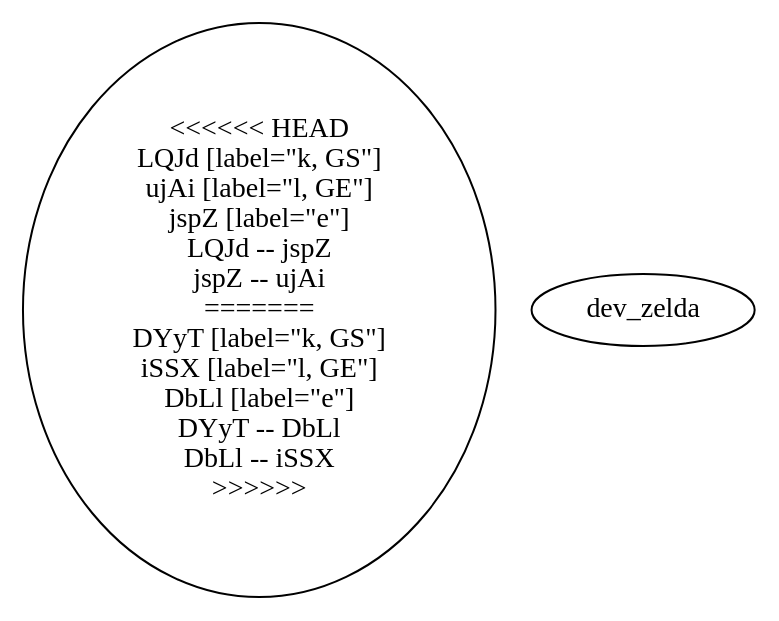
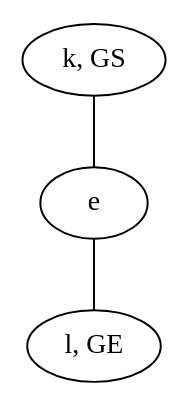
One commit to schrum2/MM-NEAT changed the diagram in data/VGLC/Zelda/rules/1/7_K-L.dot. Above: the diagram before and after it, drawn with Graphviz. The commit also changed 24 other files, not shown here.

```diff
--- a/data/VGLC/Zelda/rules/1/7_K-L.dot
+++ b/data/VGLC/Zelda/rules/1/7_K-L.dot
@@ -1,15 +1,7 @@
 graph {
-<<<<<<< HEAD
-LQJd [label="k, GS"]
-ujAi [label="l, GE"]
-jspZ [label="e"]
-LQJd -- jspZ
-jspZ -- ujAi
-=======
-DYyT [label="k, GS"]
-iSSX [label="l, GE"]
-DbLl [label="e"]
-DYyT -- DbLl
-DbLl -- iSSX
->>>>>>> dev_zelda
+PeCR [label="k, GS"]
+Slfz [label="l, GE"]
+DBgb [label="e"]
+PeCR -- DBgb
+DBgb -- Slfz
 }
```
